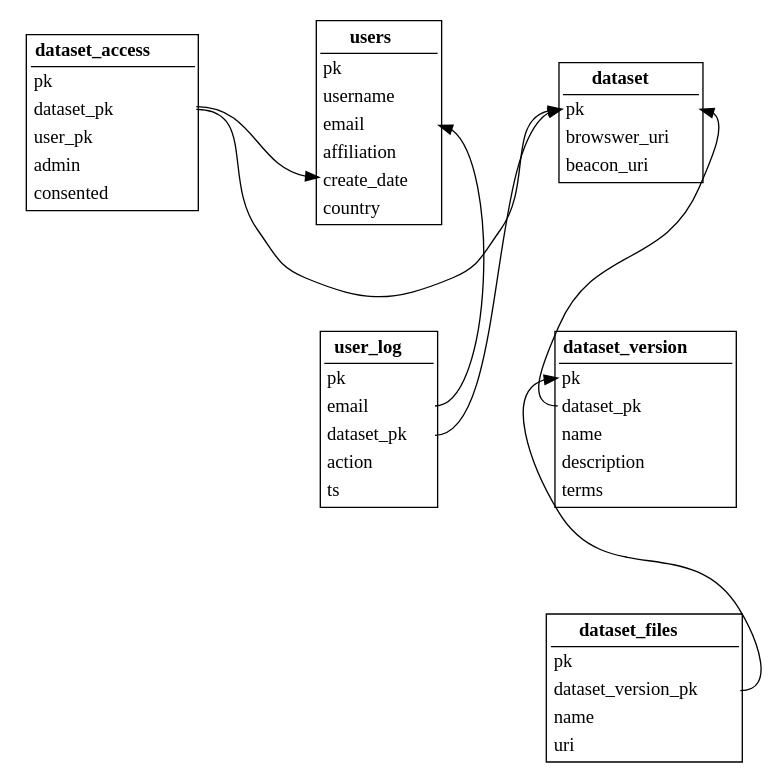
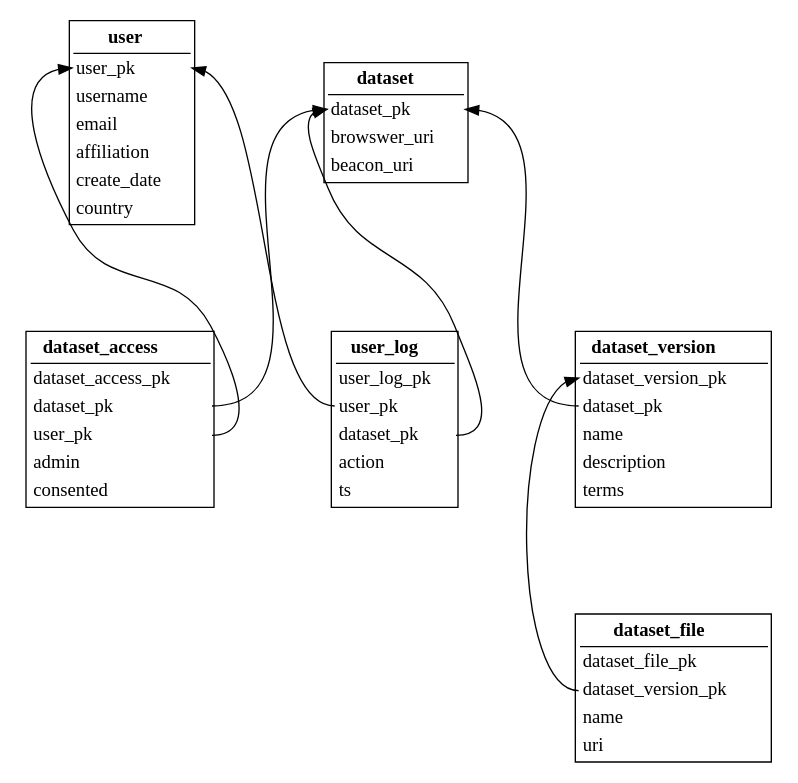
One commit to NBISweden/swefreq changed the diagram in schema.dot. Above: the diagram before and after it, drawn with Graphviz. The commit also changed 1 other file, not shown here.

Commit message:
Updated database schema

```diff
--- a/schema.dot
+++ b/schema.dot
@@ -1,74 +1,72 @@
 digraph {
     ranksep=1 nodesep=1 rankdir=BT
     node [ shape = none ]
     /*
     subgraph cluster0 {
         user_log_old [ label="{user_log|pk\lemail\laction\lts\l}" ]
         users_old [ label="{users|pk\lusername\lemail\ldownload_count\lswefreq_admin\laffiliation\lfull_user\lcreate_date\lcountry\lnewsletter\l}" ]
         label = "Old schema"
     }
     */
-    { rank=same
-        users [ label=<<table border="1" cellborder="0" align="left">
-            <tr><td border="1" sides="b"><b>users</b></td></tr>
-            <tr><td align="left" port="pk">pk</td></tr>
+        user [ label=<<table border="1" cellborder="0" align="left">
+            <tr><td border="1" sides="b"><b>user</b></td></tr>
+            <tr><td align="left" port="pk">user_pk</td></tr>
             <tr><td align="left">username</td></tr>
             <tr><td align="left" port="email">email</td></tr>
             <tr><td align="left">affiliation</td></tr>
             <tr><td align="left">create_date</td></tr>
             <tr><td align="left">country</td></tr>
             </table>> ];
 
+        dataset [ label=<<table border="1" cellborder="0">
+            <tr><td border="1" sides="b"><b>dataset</b></td></tr>
+            <tr><td align="left" port="pk">dataset_pk</td></tr>
+            <tr><td align="left">browswer_uri</td></tr>
+            <tr><td align="left">beacon_uri</td></tr>
+            </table>> ];
+
+        user_log [ label=<<table border="1" cellborder="0">
+            <tr><td border="1" sides="b"><b>user_log</b></td></tr>
+            <tr><td align="left" port="pk">user_log_pk</td></tr>
+            <tr><td align="left" port="user_pk">user_pk</td></tr>
+            <tr><td align="left" port="dataset">dataset_pk</td></tr>
+            <tr><td align="left">action</td></tr>
+            <tr><td align="left">ts</td></tr>
+            </table>> ];
+
         dataset_access [ label=<<table border="1" cellborder="0">
             <tr><td border="1" sides="b"><b>dataset_access</b></td></tr>
-            <tr><td align="left" port="pk">pk</td></tr>
+            <tr><td align="left" port="pk">dataset_access_pk</td></tr>
             <tr><td align="left" port="dataset">dataset_pk</td></tr>
             <tr><td align="left" port="user">user_pk</td></tr>
             <tr><td align="left">admin</td></tr>
             <tr><td align="left">consented</td></tr>
             </table>> ];
 
-        dataset [ label=<<table border="1" cellborder="0">
-            <tr><td border="1" sides="b"><b>dataset</b></td></tr>
-            <tr><td align="left" port="pk">pk</td></tr>
-            <tr><td align="left">browswer_uri</td></tr>
-            <tr><td align="left">beacon_uri</td></tr>
-            </table>> ];
-    }
-
-        user_log [ label=<<table border="1" cellborder="0">
-            <tr><td border="1" sides="b"><b>user_log</b></td></tr>
-            <tr><td align="left" port="pk">pk</td></tr>
-            <tr><td align="left" port="email">email</td></tr>
-            <tr><td align="left" port="dataset">dataset_pk</td></tr>
-            <tr><td align="left">action</td></tr>
-            <tr><td align="left">ts</td></tr>
-            </table>> ];
-
 
         dataset_version [ label=<<table border="1" cellborder="0">
             <tr><td border="1" sides="b"><b>dataset_version</b></td></tr>
-            <tr><td align="left" port="pk">pk</td></tr>
+            <tr><td align="left" port="pk">dataset_version_pk</td></tr>
             <tr><td align="left" port="dataset">dataset_pk</td></tr>
             <tr><td align="left">name</td></tr>
             <tr><td align="left">description</td></tr>
             <tr><td align="left">terms</td></tr>
             </table>> ];
 
-        dataset_files [ label=<<table border="1" cellborder="0">
-            <tr><td border="1" sides="b"><b>dataset_files</b></td></tr>
-            <tr><td align="left" port="pk">pk</td></tr>
+        dataset_file [ label=<<table border="1" cellborder="0">
+            <tr><td border="1" sides="b"><b>dataset_file</b></td></tr>
+            <tr><td align="left" port="pk">dataset_file_pk</td></tr>
             <tr><td align="left" port="dv">dataset_version_pk</td></tr>
             <tr><td align="left">name</td></tr>
             <tr><td align="left">uri</td></tr>
             </table>> ];
     
 
-        user_log:email -> users:email;
-        dataset_access:user -> users:pk
+        user_log:user_pk -> user:pk;
+        dataset_access:user -> user:pk
         dataset_access:dataset -> dataset:pk
         dataset_version:dataset -> dataset:pk
-        dataset_files:dv -> dataset_version:pk
+        dataset_file:dv -> dataset_version:pk
         user_log:dataset -> dataset:pk
 
 }
```
